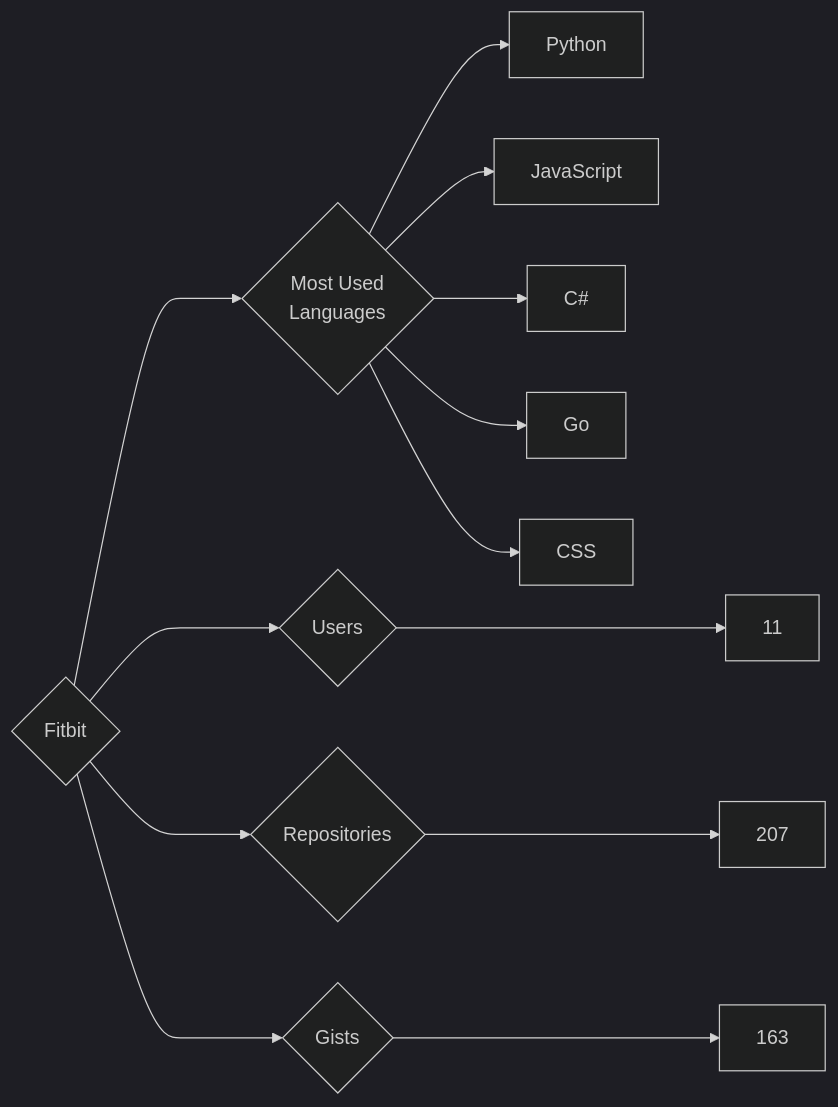
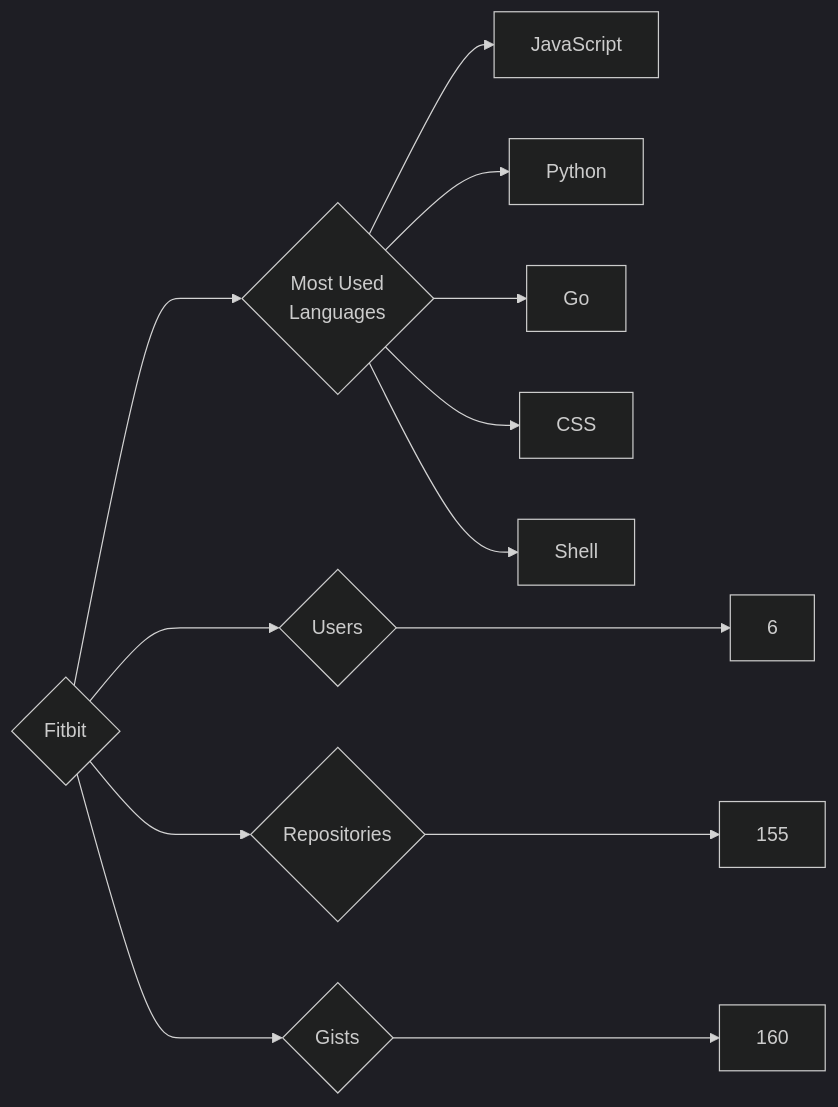
Before and after one commit to trickest/insiders: the diagram in targets/Fitbit/README.md, drawn with Mermaid (dark theme). The commit also changed 594 other files, not shown here.

````diff
--- a/targets/Fitbit/README.md
+++ b/targets/Fitbit/README.md
@@ -3,13 +3,13 @@
 ```mermaid
 graph LR
 COMPANY_NAME{Fitbit}
-COMPANY_NAME ---> U{Users} ---> UN[11]
-COMPANY_NAME ---> R{Repositories} ---> RN[207]
-COMPANY_NAME ---> G{Gists} ---> GN[163]
+COMPANY_NAME ---> U{Users} ---> UN[6]
+COMPANY_NAME ---> R{Repositories} ---> RN[155]
+COMPANY_NAME ---> G{Gists} ---> GN[160]
 COMPANY_NAME ---> ML{Most Used<br>Languages}
+ML --> JavaScript[JavaScript]
 ML --> Python[Python]
-ML --> JavaScript[JavaScript]
-ML --> C#[C#]
 ML --> Go[Go]
 ML --> CSS[CSS]
+ML --> Shell[Shell]
 ```
````
